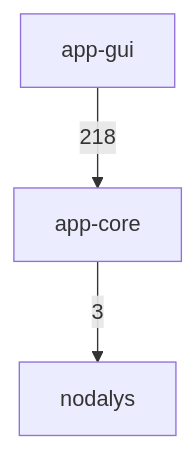
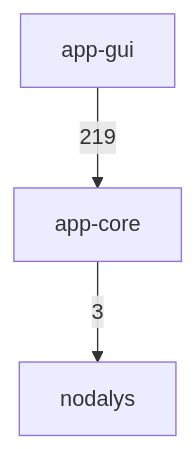
One commit to ronnymilleo/imcsim changed the first of 3 diagrams in docs/architecture.md. Above: the diagram before and after it, drawn with Mermaid. The commit also changed other lines of this file and 356 other files, not shown here.

Commit message:
Move the app-gui folders into layers, from base up to windows

````diff
--- a/docs/architecture.md
+++ b/docs/architecture.md
@@ -22,8 +22,8 @@
 ```mermaid
 flowchart TD
     app_gui[app-gui]
     app_core[app-core]
     nodalys[nodalys]
     app_core -->|3| nodalys
-    app_gui -->|218| app_core
+    app_gui -->|219| app_core
 ```
````
